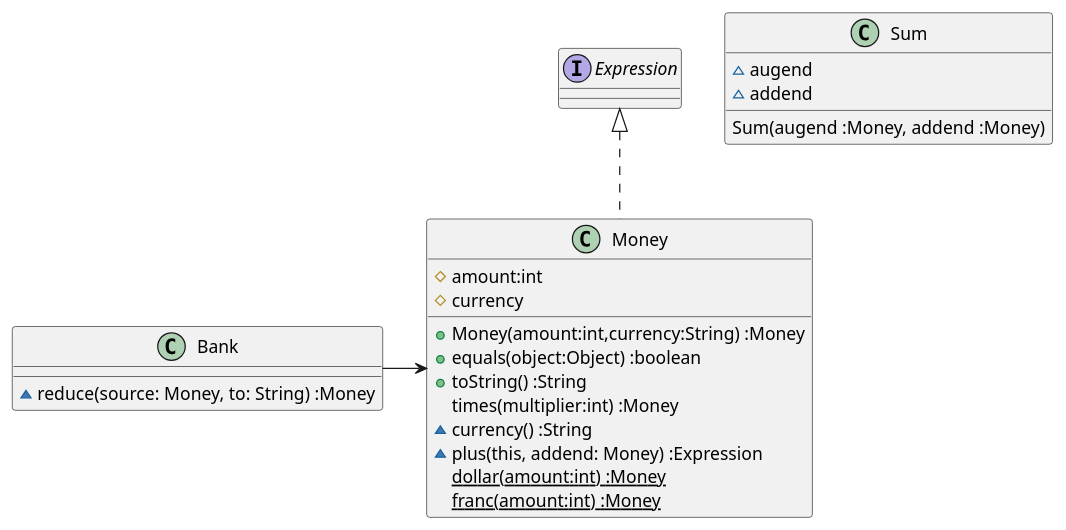
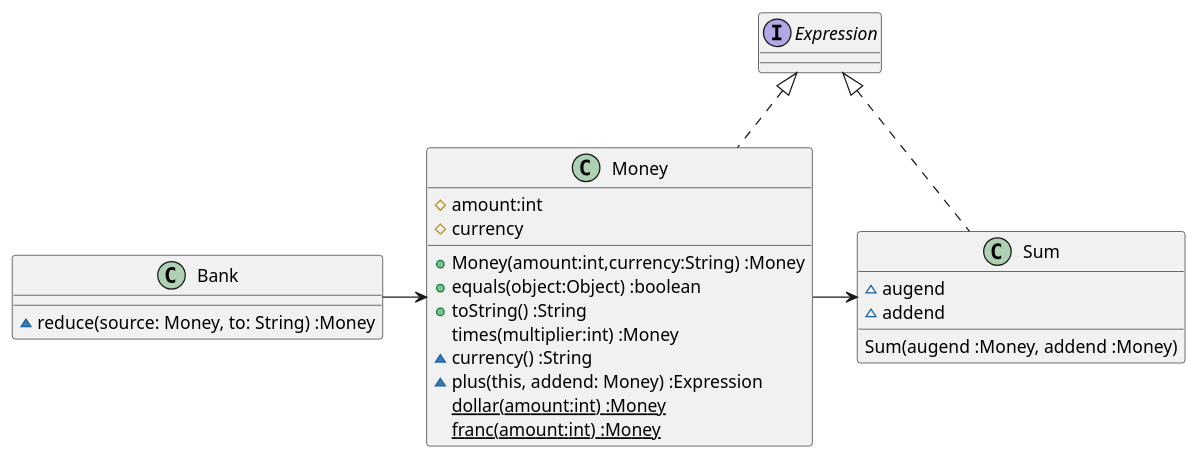
One commit to k2works/etude_for_java changed the first of 2 diagrams in docs/src/TDD.md. Above: the diagram before and after it, drawn with PlantUML. The commit also changed 4 other files, not shown here.

````diff
--- a/docs/src/TDD.md
+++ b/docs/src/TDD.md
@@ -48,25 +48,27 @@
 ```puml
 class Money {
   #amount:int
   #currency  
   +Money(amount:int,currency:String) :Money
   +equals(object:Object) :boolean  
   +toString() :String
   times(multiplier:int) :Money
   ~currency() :String
   ~plus(this, addend: Money) :Expression
   {static} dollar(amount:int) :Money
   {static} franc(amount:int) :Money  
 }
 interface Expression
 class Bank {
   ~reduce(source: Money, to: String) :Money
 }
 class Sum {
   ~augend
   ~addend
   Sum(augend :Money, addend :Money)
 }
 Expression <|.. Money
+Expression <|.. Sum
+Money -> Sum
 Bank -> Money
 ```
````
